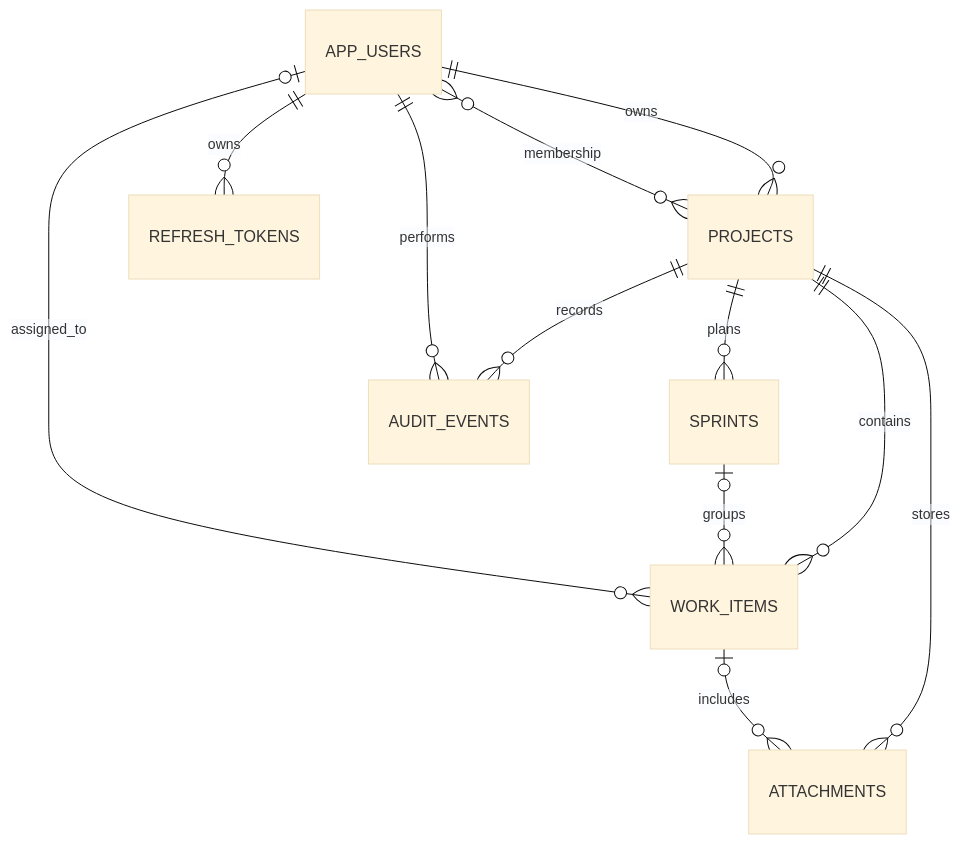
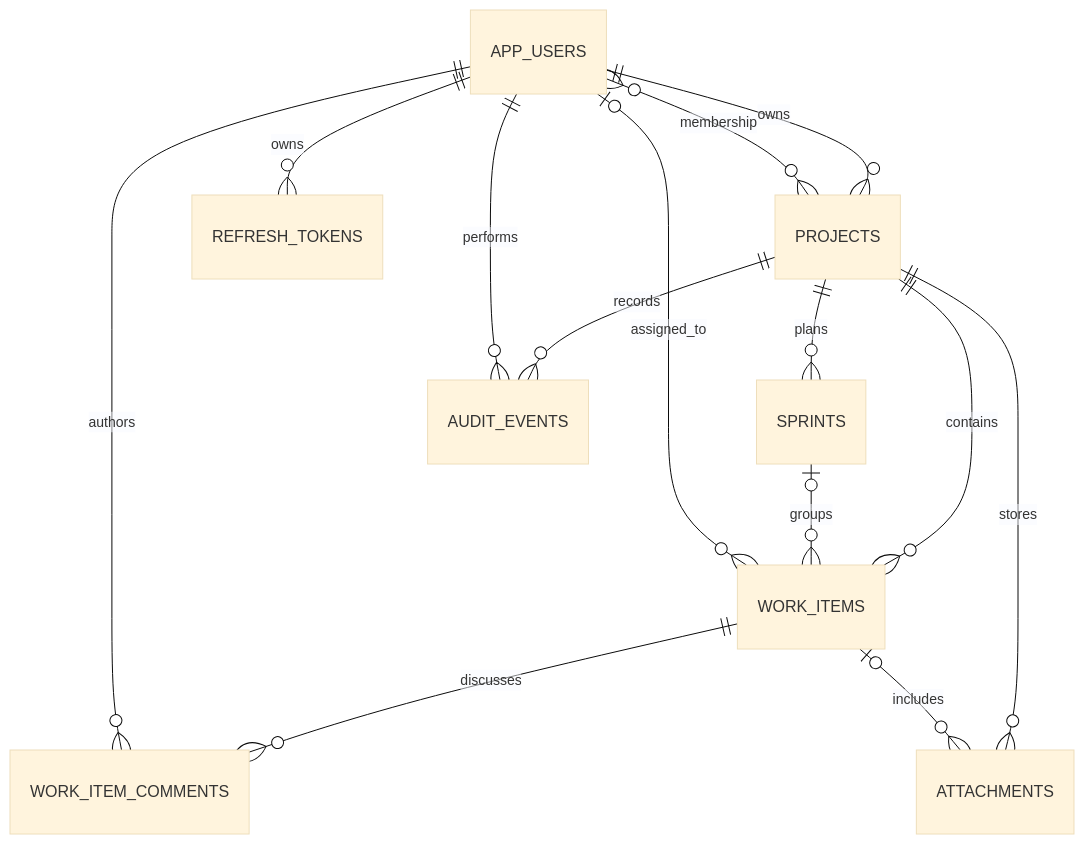
One commit to Goureesankarr/sprintforge changed the second of 2 diagrams in README.md. Above: the diagram before and after it, drawn with Mermaid (base theme). The commit also changed other lines of this file and 9 other files, not shown here.

First line of the commit message:
feat: add work-item discussions (#13)

````diff
--- a/README.md
+++ b/README.md
@@ -74,14 +76,16 @@
 ```mermaid
 erDiagram
     APP_USERS ||--o{ PROJECTS : owns
     APP_USERS }o--o{ PROJECTS : membership
     PROJECTS ||--o{ SPRINTS : plans
     PROJECTS ||--o{ WORK_ITEMS : contains
     SPRINTS o|--o{ WORK_ITEMS : groups
     APP_USERS o|--o{ WORK_ITEMS : assigned_to
+    WORK_ITEMS ||--o{ WORK_ITEM_COMMENTS : discusses
+    APP_USERS ||--o{ WORK_ITEM_COMMENTS : authors
     PROJECTS ||--o{ AUDIT_EVENTS : records
     APP_USERS ||--o{ AUDIT_EVENTS : performs
     APP_USERS ||--o{ REFRESH_TOKENS : owns
     PROJECTS ||--o{ ATTACHMENTS : stores
     WORK_ITEMS o|--o{ ATTACHMENTS : includes
 ```
````
